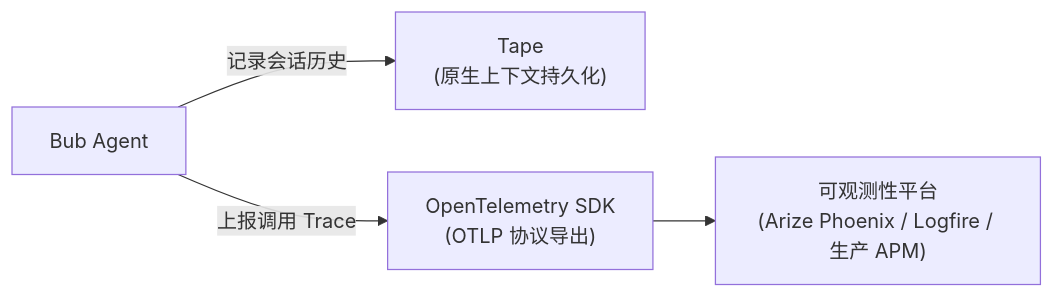
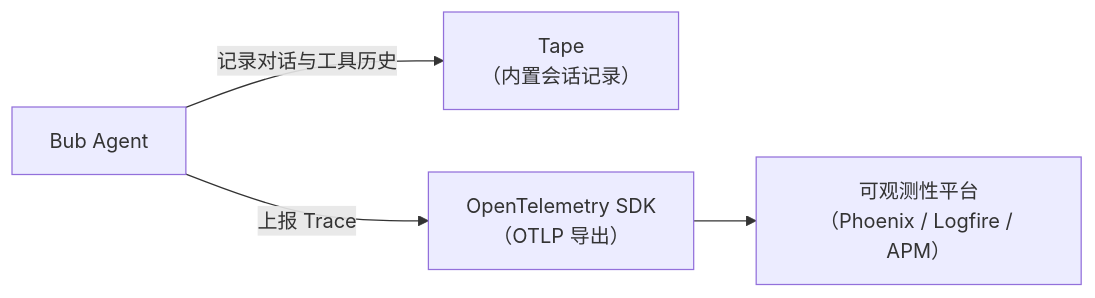
One commit to bubbuild/bub changed the diagram in website/src/content/docs/zh-cn/docs/integrations/observability.mdx. Above: the diagram before and after it, drawn with Mermaid. The commit also changed other lines of this file and 74 other files, not shown here.

````diff
--- a/website/src/content/docs/zh-cn/docs/integrations/observability.mdx
+++ b/website/src/content/docs/zh-cn/docs/integrations/observability.mdx
@@ -10,11 +11,11 @@
 ```mermaid
 flowchart LR
     Turn["Bub Agent"]
-    Tape["Tape\n(原生上下文持久化)"]
-    OTEL["OpenTelemetry SDK\n(OTLP 协议导出)"]
-    Platform["可观测性平台\n(Arize Phoenix / Logfire / 生产 APM)"]
+    Tape["Tape\n（内置会话记录）"]
+    OTEL["OpenTelemetry SDK\n（OTLP 导出）"]
+    Platform["可观测性平台\n（Phoenix / Logfire / APM）"]
 
-    Turn -->|"记录会话历史"| Tape
-    Turn -->|"上报调用 Trace"| OTEL
+    Turn -->|"记录对话与工具历史"| Tape
+    Turn -->|"上报 Trace"| OTEL
     OTEL --> Platform
 ```
````
